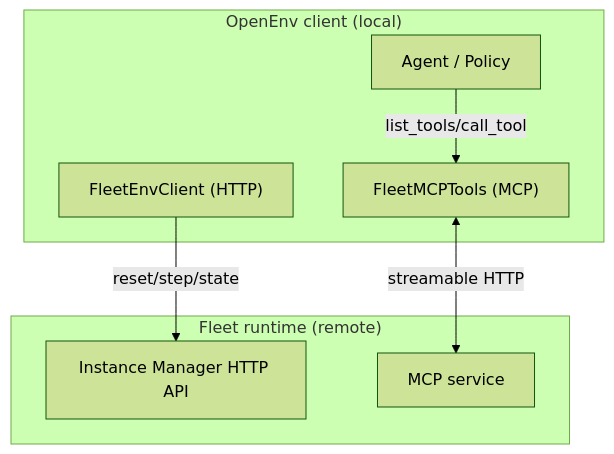
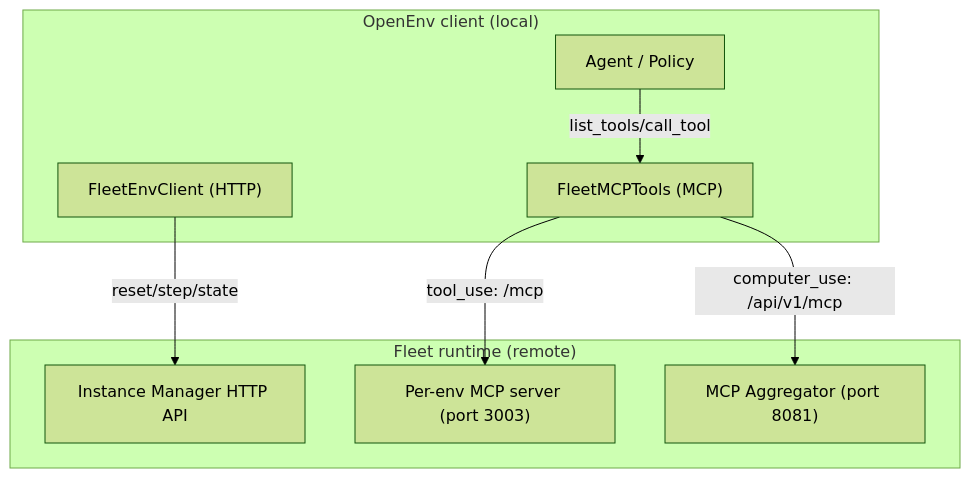
Before and after one commit to meta-pytorch/OpenEnv: the diagram in src/envs/fleet_env/README.md, drawn with Mermaid (forest theme). The commit also changed other lines of this file and 3 other files, not shown here.

````diff
--- a/src/envs/fleet_env/README.md
+++ b/src/envs/fleet_env/README.md
@@ -26,17 +26,19 @@
 ```mermaid
 flowchart TB
   subgraph Client["OpenEnv client (local)"]
     Agent["Agent / Policy"]
     Orch["FleetEnvClient (HTTP)"]
     Tools["FleetMCPTools (MCP)"]
   end
 
   subgraph Runtime["Fleet runtime (remote)"]
     HTTP["Instance Manager HTTP API"]
-    MCP["MCP service"]
+    MCP3003["Per-env MCP server (port 3003)"]
+    MCP8081["MCP Aggregator (port 8081)"]
   end
 
   Orch -- reset/step/state --> HTTP
   Agent -- list_tools/call_tool --> Tools
-  Tools <-- streamable HTTP --> MCP
+  Tools -- "tool_use: /mcp" --> MCP3003
+  Tools -- "computer_use: /api/v1/mcp" --> MCP8081
 ```
````
